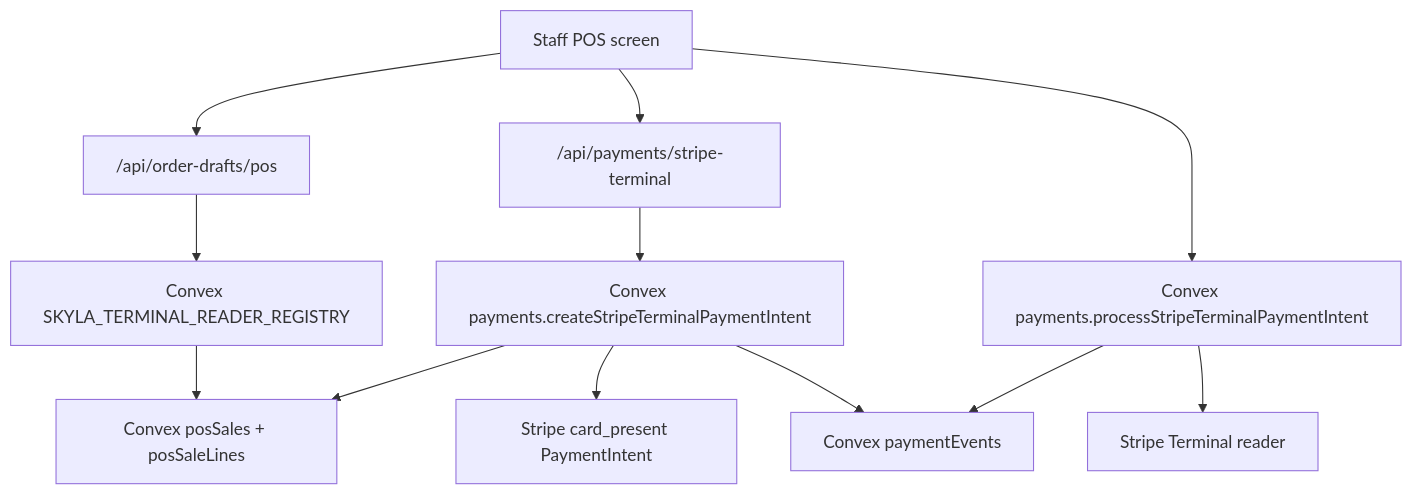
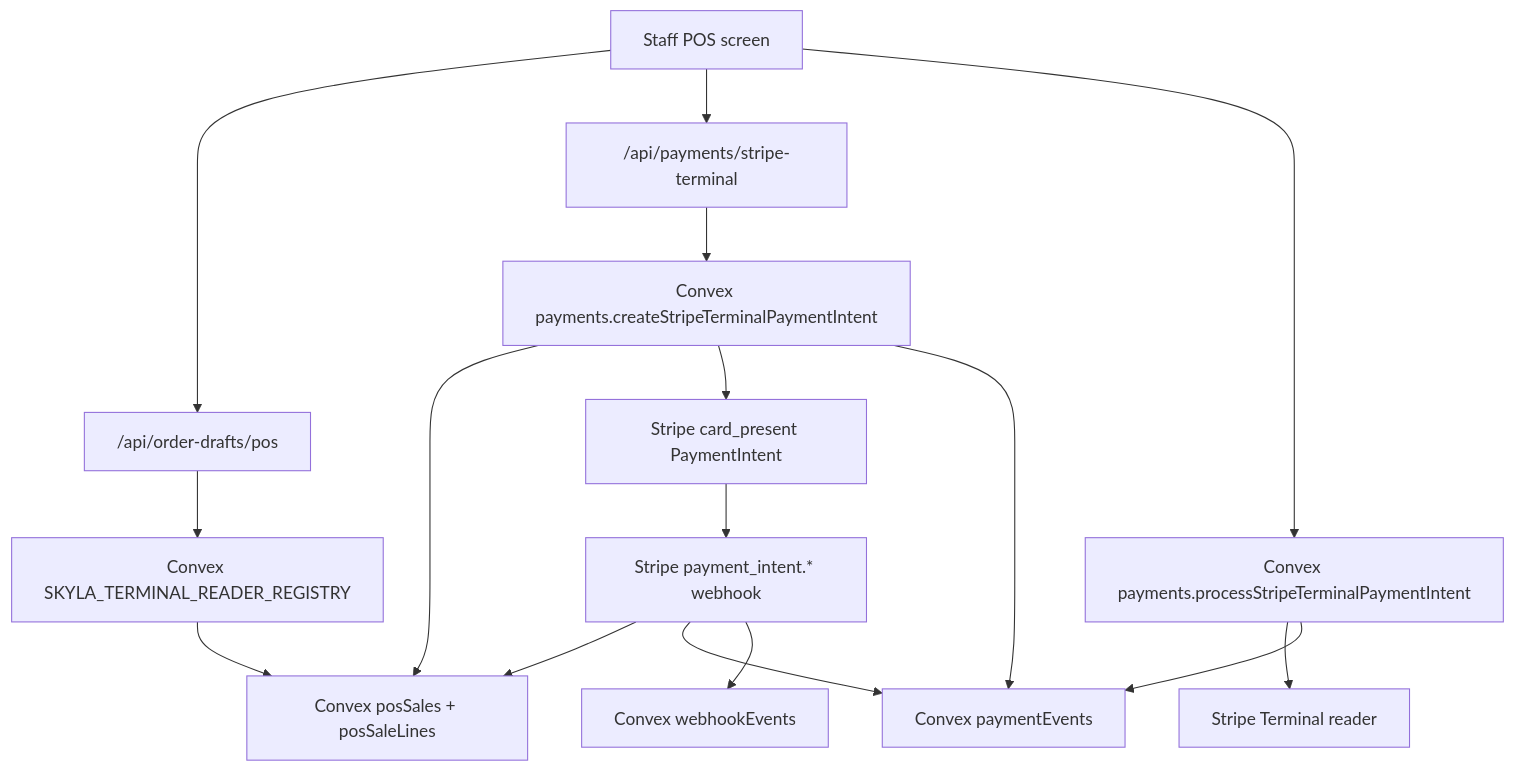
Before and after one commit to junyengit/skyla: the diagram in docs/runbooks/stripe-terminal-cutover.md, drawn with Mermaid. The commit also changed other lines of this file and 15 other files, not shown here.

````diff
--- a/docs/runbooks/stripe-terminal-cutover.md
+++ b/docs/runbooks/stripe-terminal-cutover.md
@@ -24,20 +25,25 @@
 ```mermaid
 flowchart TD
   staff["Staff POS screen"]
   draft["/api/order-drafts/pos"]
   sale["Convex posSales + posSaleLines"]
   pay["/api/payments/stripe-terminal"]
   action["Convex payments.createStripeTerminalPaymentIntent"]
   process["Convex payments.processStripeTerminalPaymentIntent"]
   stripe["Stripe card_present PaymentIntent"]
   reader["Stripe Terminal reader"]
+  webhook["Stripe payment_intent.* webhook"]
   ledger["Convex paymentEvents"]
+  webhookLedger["Convex webhookEvents"]
   registry["Convex SKYLA_TERMINAL_READER_REGISTRY"]
 
   staff --> draft --> registry --> sale
   staff --> pay --> action --> sale
   action --> stripe
   staff --> process --> reader
   action --> ledger
   process --> ledger
+  stripe --> webhook --> sale
+  webhook --> ledger
+  webhook --> webhookLedger
 ```
````
